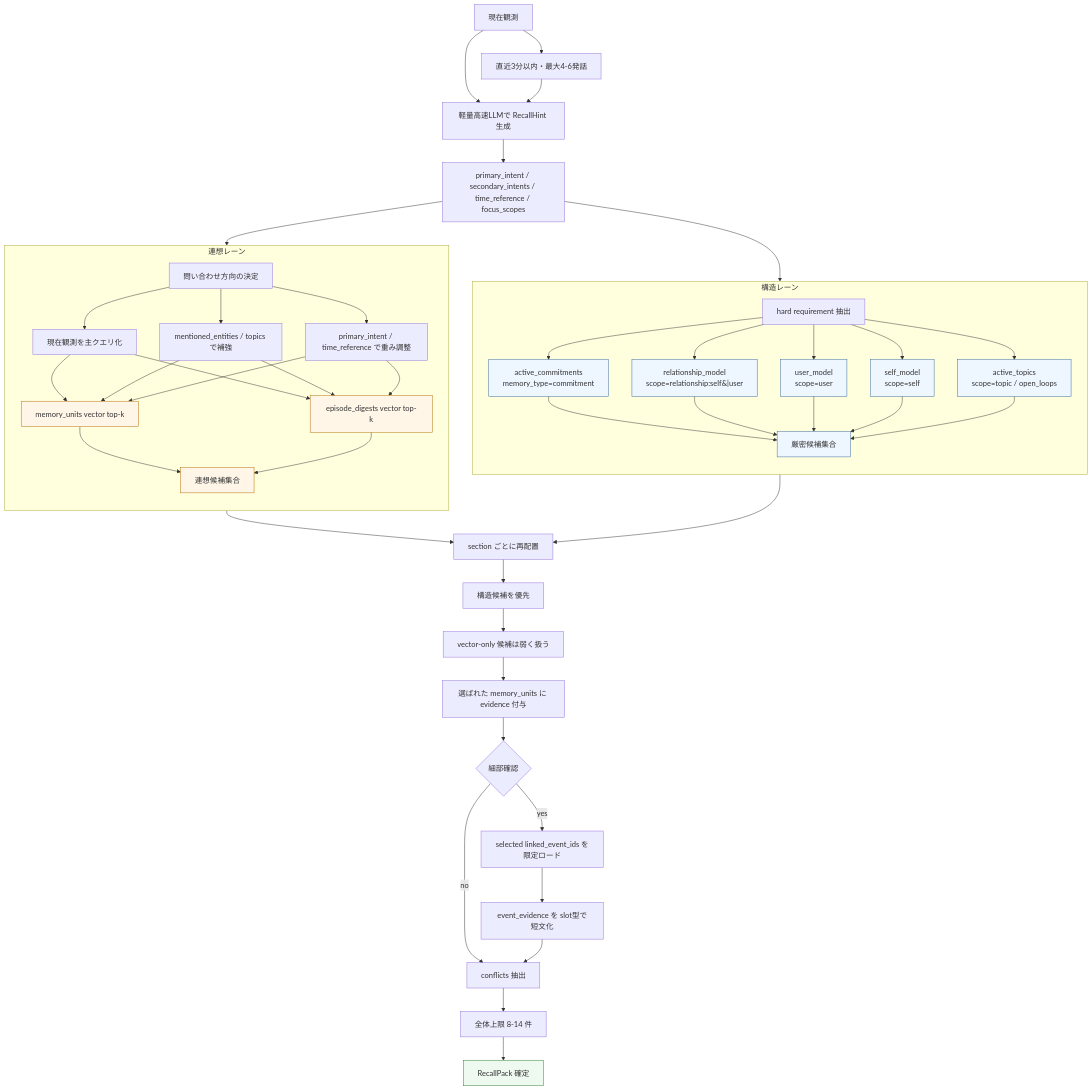
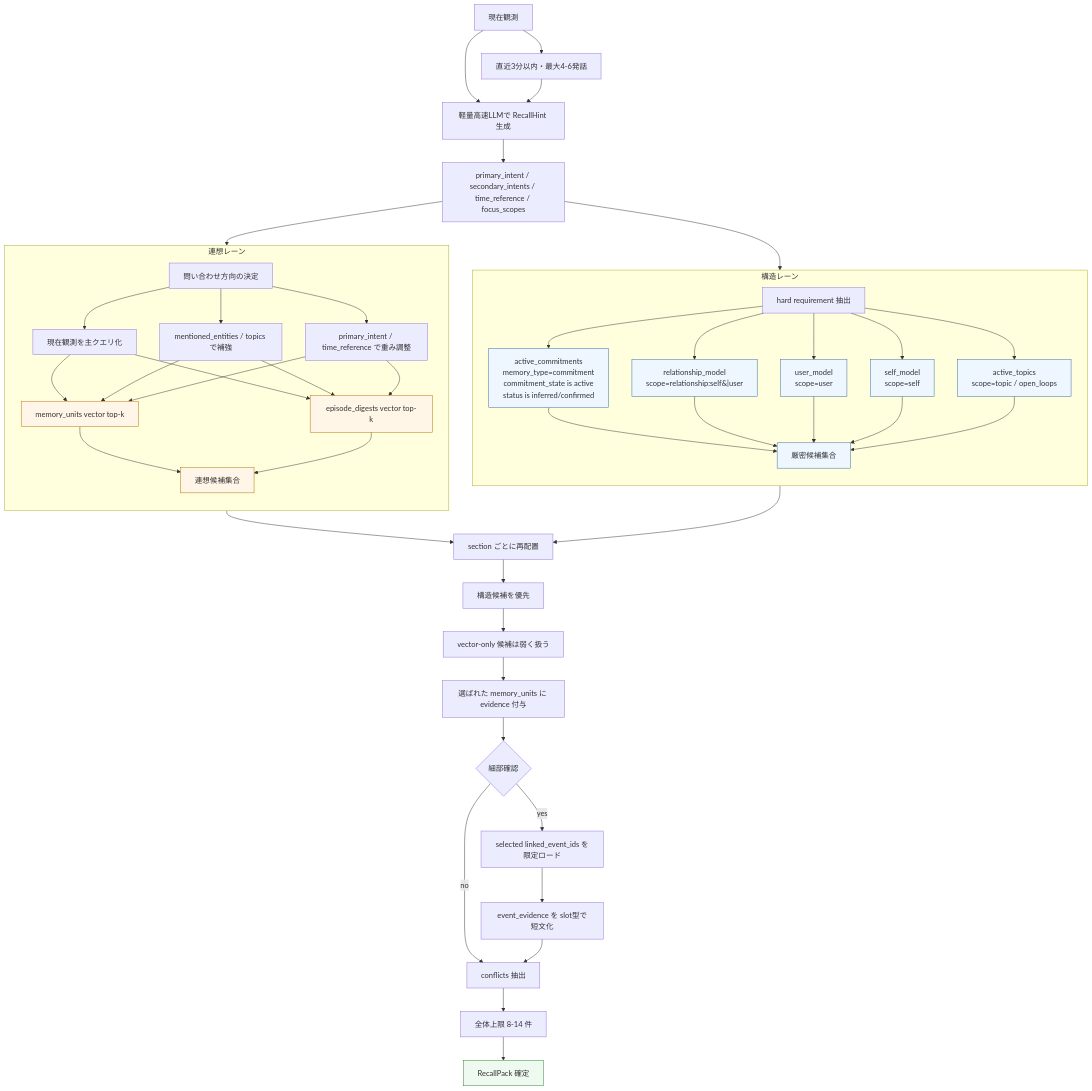
One commit to hirona98/OtomeKairo changed the second of 10 diagrams in docs/reference/memory/02_想起と判断フロー図.md. Above: the diagram before and after it, drawn with Mermaid. The commit also changed other lines of this file and 6 other files, not shown here.

````diff
--- a/docs/reference/memory/02_想起と判断フロー図.md
+++ b/docs/reference/memory/02_想起と判断フロー図.md
@@ -128,73 +128,73 @@
 ```mermaid
 flowchart TD
     A[現在観測] --> B[直近3分以内・最大4-6発話]
     A --> C[軽量高速LLMで RecallHint 生成]
     B --> C
     C --> D[primary_intent / secondary_intents / time_reference / focus_scopes]
 
     D --> E1
     D --> E2
 
     subgraph SL[構造レーン]
         direction TB
         E1[hard requirement 抽出]
-        F1[active_commitments<br/>memory_type=commitment]
+        F1[active_commitments<br/>memory_type=commitment<br/>commitment_state is active<br/>status is inferred/confirmed]
         F2[relationship_model<br/>scope=relationship:self&#124;user]
         F3[user_model<br/>scope=user]
         F4[self_model<br/>scope=self]
         F5[active_topics<br/>scope=topic / open_loops]
         G1[厳密候補集合]
         E1 --> F1
         E1 --> F2
         E1 --> F3
         E1 --> F4
         E1 --> F5
         F1 --> G1
         F2 --> G1
         F3 --> G1
         F4 --> G1
         F5 --> G1
     end
 
     subgraph VL[連想レーン]
         direction TB
         E2[問い合わせ方向の決定]
         H1[現在観測を主クエリ化]
         H2[mentioned_entities / topics で補強]
         H3[primary_intent / time_reference で重み調整]
         H4[memory_units vector top-k]
         H5[episode_digests vector top-k]
         H6[連想候補集合]
         E2 --> H1
         E2 --> H2
         E2 --> H3
         H1 --> H4
         H1 --> H5
         H2 --> H4
         H2 --> H5
         H3 --> H4
         H3 --> H5
         H4 --> H6
         H5 --> H6
     end
 
     G1 --> I[section ごとに再配置]
     H6 --> I
     I --> J[構造候補を優先]
     J --> K[vector-only 候補は弱く扱う]
     K --> L[選ばれた memory_units に evidence 付与]
     L --> X{細部確認}
     X -- no --> M[conflicts 抽出]
     X -- yes --> Y[selected linked_event_ids を限定ロード]
     Y --> Z[event_evidence を slot型で短文化]
     Z --> M
     M --> N[全体上限 8-14 件]
     N --> O[RecallPack 確定]
 
     classDef strong fill:#eef6ff,stroke:#336699,stroke-width:1px;
     classDef assoc fill:#fff6e8,stroke:#b36b00,stroke-width:1px;
     classDef out fill:#eef9ef,stroke:#2f7d32,stroke-width:1px;
     class F1,F2,F3,F4,F5,G1 strong;
     class H4,H5,H6 assoc;
     class O out;
 ```
````
